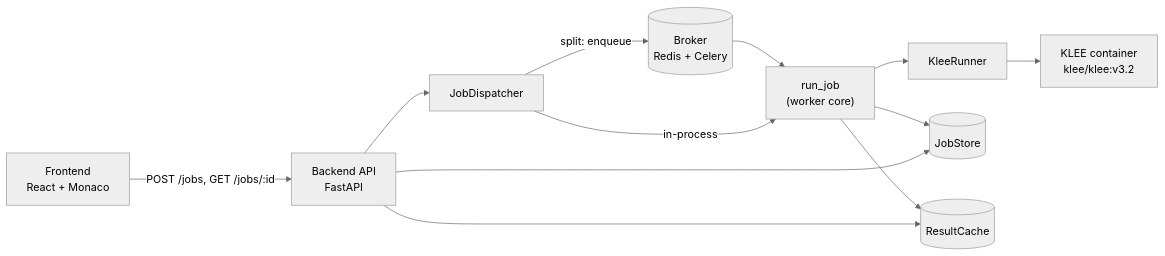
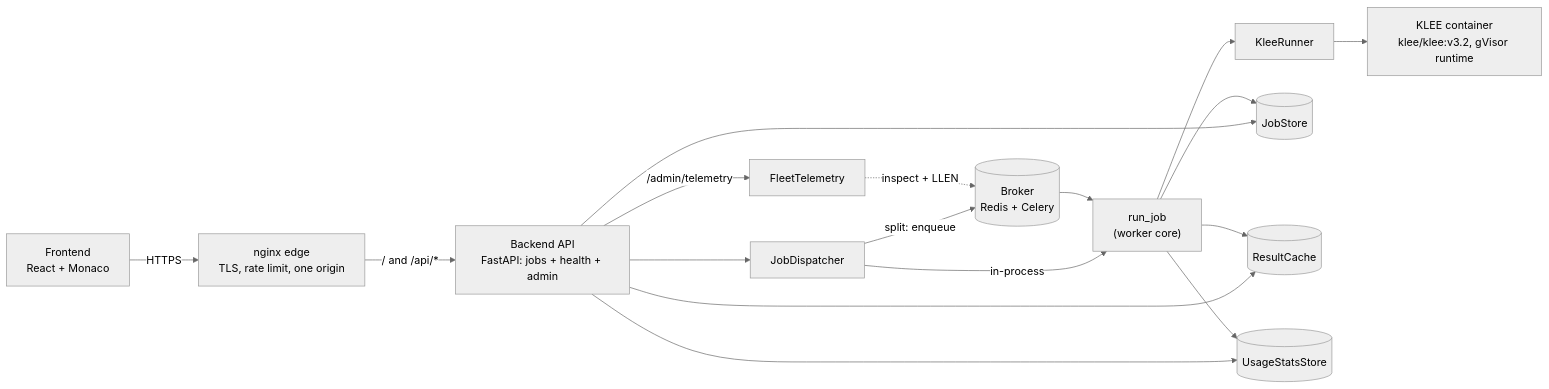
One commit to FinnLeh/klee-web changed the first of 2 diagrams in docs/architecture.md. Above: the diagram before and after it, drawn with Mermaid (neutral theme). The commit also changed other lines of this file and 3 other files, not shown here.

Commit message:
docs: resync architecture and READMEs for observability and sandbox

````diff
--- a/docs/architecture.md
+++ b/docs/architecture.md
@@ -9,24 +9,32 @@
 ```mermaid
 flowchart LR
     FE["Frontend<br/>React + Monaco"]
-    API["Backend API<br/>FastAPI"]
+    EDGE["nginx edge<br/>TLS, rate limit, one origin"]
+    API["Backend API<br/>FastAPI: jobs + health + admin"]
     DISP["JobDispatcher"]
     W["run_job<br/>(worker core)"]
     RUN["KleeRunner"]
-    C["KLEE container<br/>klee/klee:v3.2"]
+    C["KLEE container<br/>klee/klee:v3.2, gVisor runtime"]
     STORE[("JobStore")]
     CACHE[("ResultCache")]
+    USAGE[("UsageStatsStore")]
+    TEL["FleetTelemetry"]
     BROKER[("Broker<br/>Redis + Celery")]
 
-    FE -->|"POST /jobs, GET /jobs/:id"| API
+    FE -->|"HTTPS"| EDGE
+    EDGE -->|"/ and /api/*"| API
     API --> CACHE
     API --> STORE
+    API --> USAGE
     API --> DISP
+    API -->|"/admin/telemetry"| TEL
     DISP -->|"in-process"| W
     DISP -->|"split: enqueue"| BROKER
     BROKER --> W
+    TEL -.->|"inspect + LLEN"| BROKER
     W --> RUN
     RUN --> C
     W --> STORE
     W --> CACHE
+    W --> USAGE
 ```
````
